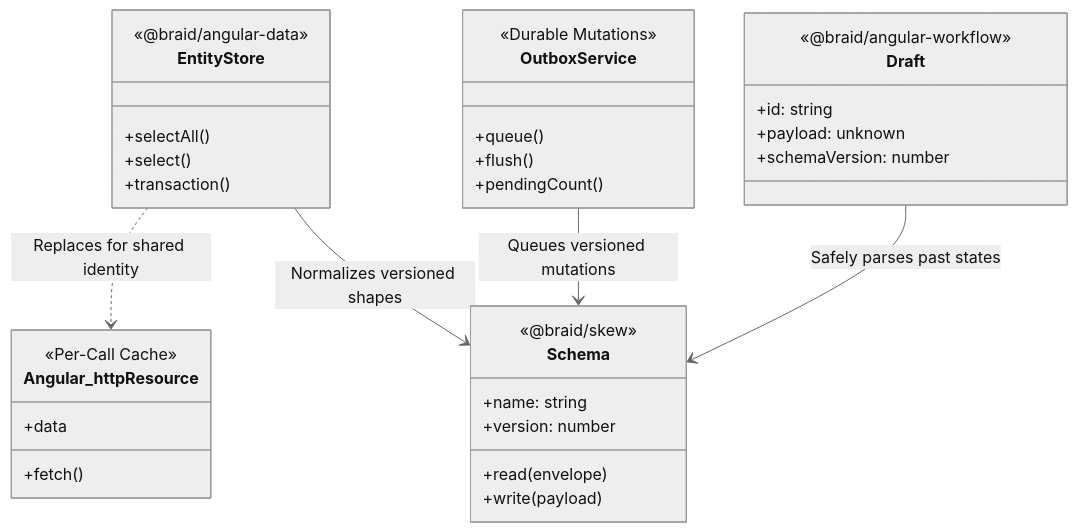
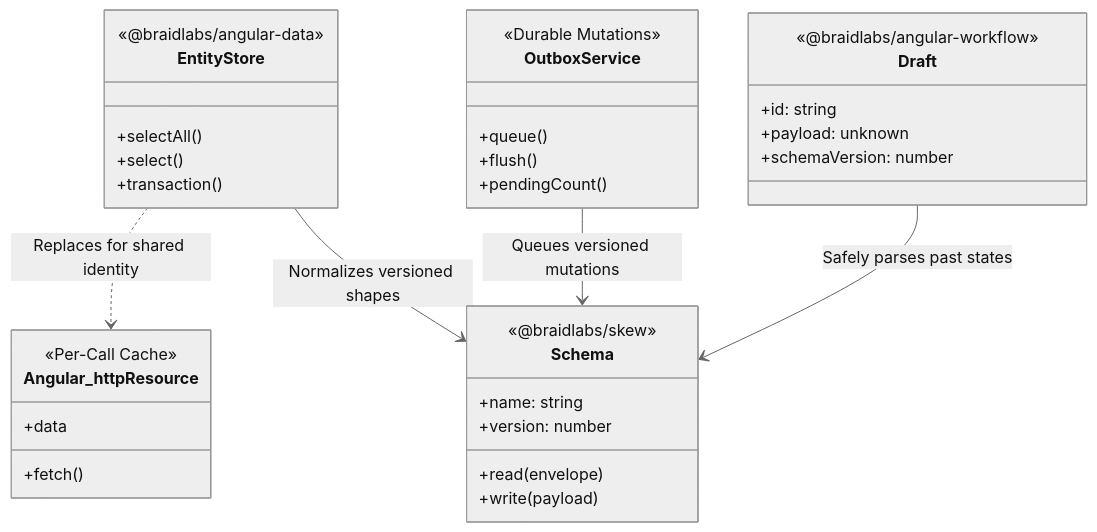
Before and after one commit to Jefftopia/skew: the third of 3 diagrams in docs/architecture.md, drawn with Mermaid (neutral theme). The commit also changed other lines of this file and 259 other files, not shown here.

````diff
--- a/docs/architecture.md
+++ b/docs/architecture.md
@@ -71,42 +71,42 @@
 ```mermaid
 classDiagram
     class Angular_httpResource {
         <<Per-Call Cache>>
         +fetch()
         +data
     }
     
     class EntityStore {
-        <<@braid/angular-data>>
+        <<@braidlabs/angular-data>>
         +selectAll()
         +select()
         +transaction()
     }
     
     class OutboxService {
         <<Durable Mutations>>
         +queue()
         +flush()
         +pendingCount()
     }
 
     class Schema {
-        <<@braid/skew>>
+        <<@braidlabs/skew>>
         +name: string
         +version: number
         +read(envelope)
         +write(payload)
     }
     
     class Draft {
-        <<@braid/angular-workflow>>
+        <<@braidlabs/angular-workflow>>
         +id: string
         +payload: unknown
         +schemaVersion: number
     }
     
     EntityStore ..> Angular_httpResource : Replaces for shared identity
     EntityStore --> Schema : Normalizes versioned shapes
     OutboxService --> Schema : Queues versioned mutations
     Draft --> Schema : Safely parses past states
 ```
````
